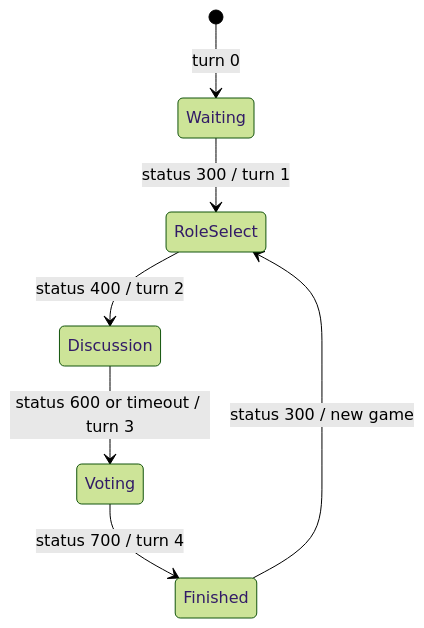
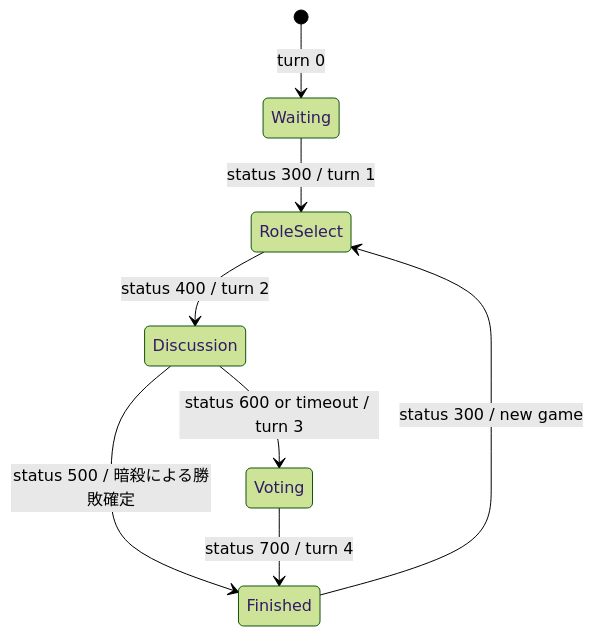
One commit to FukaseDaichi/SecondOneNight changed the diagram in docs/architecture/games/werewolf.md. Above: the diagram before and after it, drawn with Mermaid (forest theme). The commit also changed other lines of this file and 4 other files, not shown here.

````diff
--- a/docs/architecture/games/werewolf.md
+++ b/docs/architecture/games/werewolf.md
@@ -115,9 +115,10 @@
 ```mermaid
 stateDiagram-v2
     [*] --> Waiting: turn 0
     Waiting --> RoleSelect: status 300 / turn 1
     RoleSelect --> Discussion: status 400 / turn 2
     Discussion --> Voting: status 600 or timeout / turn 3
+    Discussion --> Finished: status 500 / 暗殺による勝敗確定
     Voting --> Finished: status 700 / turn 4
     Finished --> RoleSelect: status 300 / new game
 ```
````
